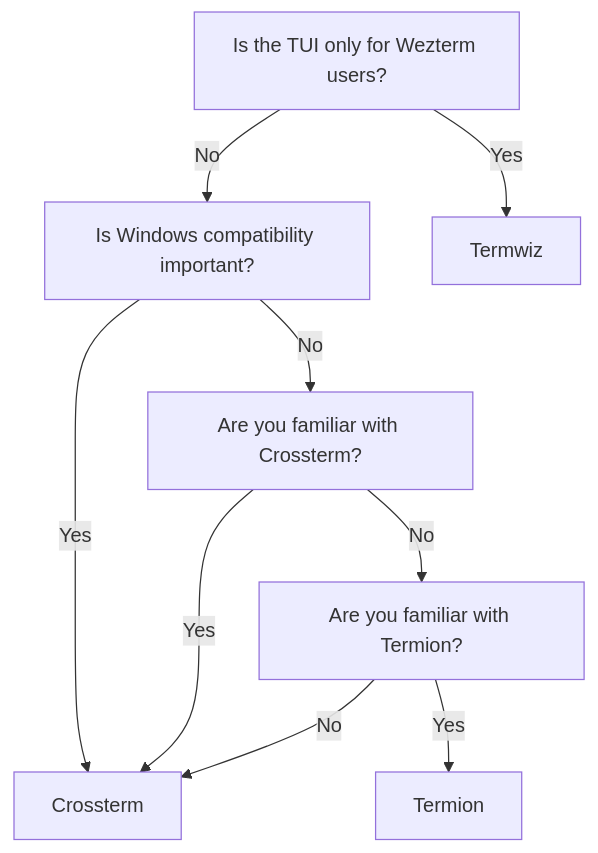
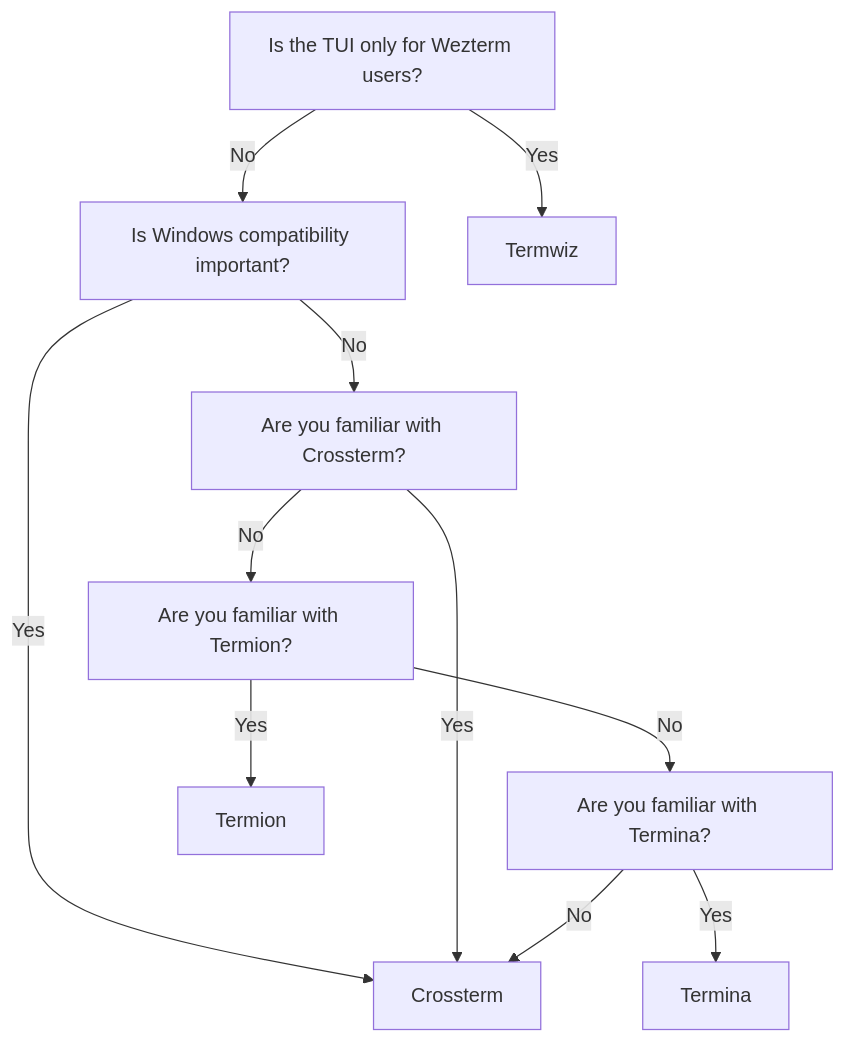
One commit to ratatui/ratatui-website changed the diagram in src/content/docs/concepts/backends/comparison.md. Above: the diagram before and after it, drawn with Mermaid. The commit also changed other lines of this file and 12 other files, not shown here.

````diff
--- a/src/content/docs/concepts/backends/comparison.md
+++ b/src/content/docs/concepts/backends/comparison.md
@@ -25,19 +26,23 @@
 ```mermaid
 graph TD;
     Q1[Is the TUI only for Wezterm users?]
     Q2[Is Windows compatibility important?]
     Q3[Are you familiar with Crossterm?]
     Q4[Are you familiar with Termion?]
+    Q5[Are you familiar with Termina?]
     Crossterm
     Termwiz
     Termion
+    Termina
 
     Q1 -->|Yes| Termwiz
     Q1 -->|No| Q2
     Q2 -->|Yes| Crossterm
     Q2 -->|No| Q3
     Q3 -->|Yes| Crossterm
     Q3 -->|No| Q4
     Q4 -->|Yes| Termion
-    Q4 -->|No| Crossterm
+    Q4 -->|No| Q5
+    Q5 -->|Yes| Termina
+    Q5 -->|No| Crossterm
 ```
````
